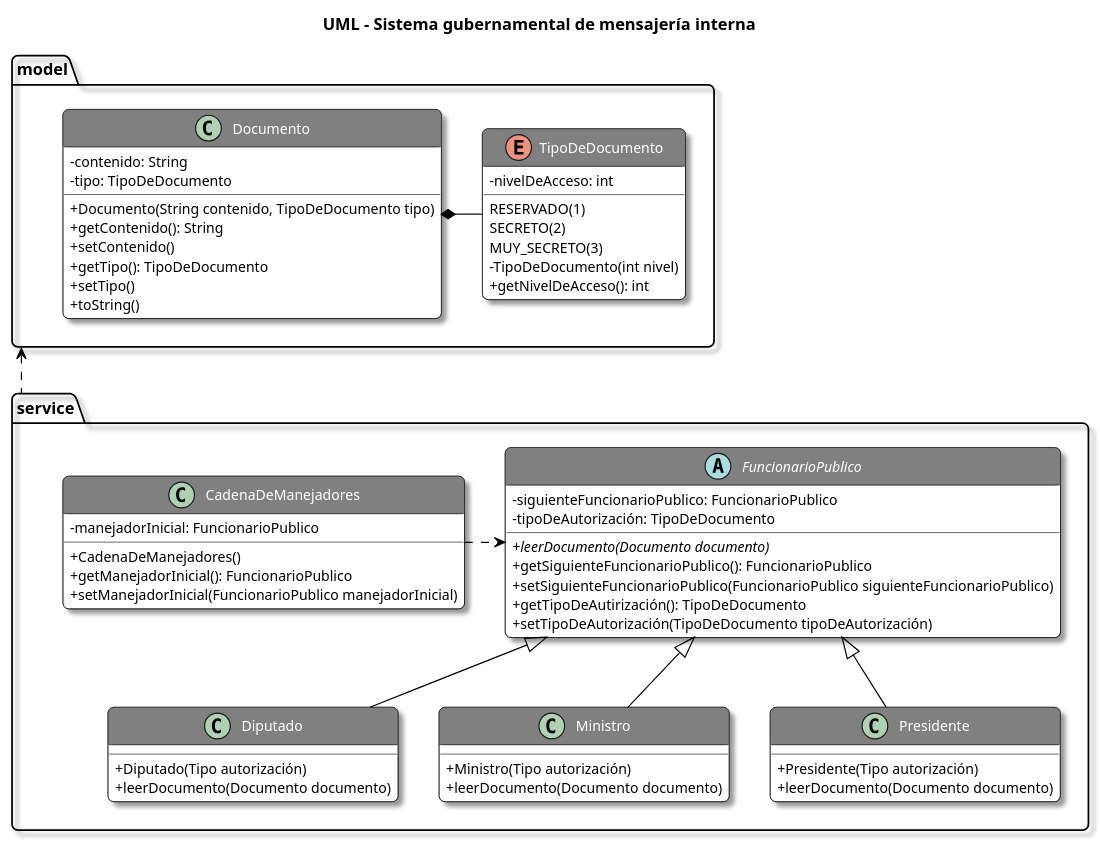
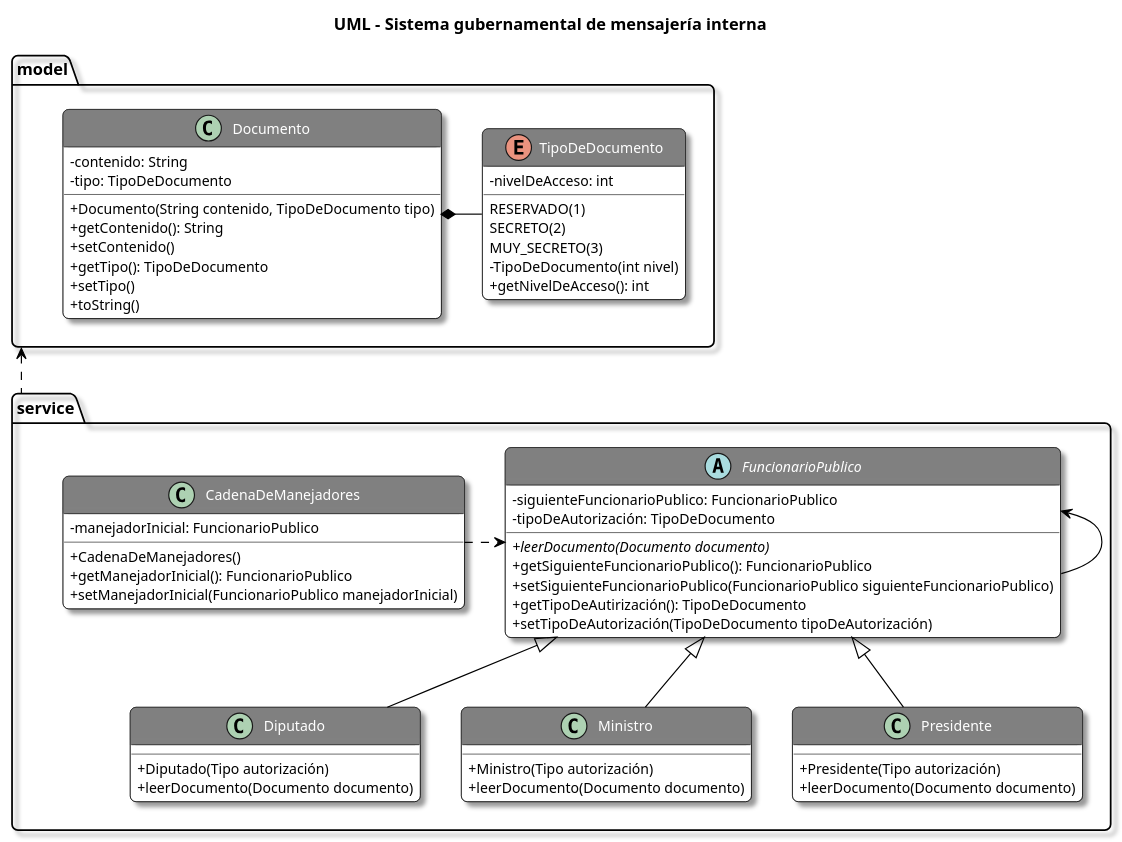
Before and after one commit to hfelipeserna/hfelipeserna.github.io: the diagram in Digital_House-Certified_Tech_Developer/Backend_I/Responsability_chain_pattern/Sistema_mensajería_gubernamental/src/Sistema_mensajería_gubernamental.puml, drawn with PlantUML. The commit also changed 1 other file, not shown here.

Commit message:
[FIXED] Corregir diagrama UML
- Se corrige relación de asociación de la clase FuncionarioPublico consigo misma.

```diff
--- a/Digital_House-Certified_Tech_Developer/Backend_I/Responsability_chain_pattern/Sistema_mensajería_gubernamental/src/Sistema_mensajería_gubernamental.puml
+++ b/Digital_House-Certified_Tech_Developer/Backend_I/Responsability_chain_pattern/Sistema_mensajería_gubernamental/src/Sistema_mensajería_gubernamental.puml
@@ -1,99 +1,100 @@
 @startuml
 'https://plantuml.com/class-diagram
 '___________STYLES___________
 title UML - Sistema gubernamental de mensajería interna
 skinparam classAttributeIconSize 0
 skinparam backgroundColor White
 skinparam RoundCorner 10
 skinparam Shadowing true
 
 skinparam class {
     ArrowColor Black
     BackgroundColor White
     HeaderBackgroundColor Gray
     BorderColor Black
     FontColor White
     FontSize 14
     AttributeFontSize 12
 }
 
 skinparam object{
     ArrowColor Black
     BackgroundColor White
     BorderColor Black
     FontColor Black
     FontSize 14
     AttributeFontSize 12
 }
 
 skinparam note {
     BackgroundColor LightYellow
     BorderColor Black
 }
 
 '___________UML___________
 
 package model {
 enum TipoDeDocumento {
 RESERVADO(1)
 SECRETO(2)
 MUY_SECRETO(3)
 -nivelDeAcceso: int
 -TipoDeDocumento(int nivel)
 +getNivelDeAcceso(): int
 }
 
 class Documento {
 -contenido: String
 -tipo: TipoDeDocumento
 +Documento(String contenido, TipoDeDocumento tipo)
 +getContenido(): String
 +setContenido()
 +getTipo(): TipoDeDocumento
 +setTipo()
 +toString()
 }
 }
 
 package service {
 abstract FuncionarioPublico {
 - siguienteFuncionarioPublico: FuncionarioPublico
 - tipoDeAutorización: TipoDeDocumento
 +{abstract}leerDocumento(Documento documento)
 +getSiguienteFuncionarioPublico(): FuncionarioPublico
 +setSiguienteFuncionarioPublico(FuncionarioPublico siguienteFuncionarioPublico)
 +getTipoDeAutirización(): TipoDeDocumento
 +setTipoDeAutorización(TipoDeDocumento tipoDeAutorización)
 }
 
 class Diputado {
 +Diputado(Tipo autorización)
 +leerDocumento(Documento documento)
 }
 
 class Ministro {
 +Ministro(Tipo autorización)
 +leerDocumento(Documento documento)
 }
 
 class Presidente {
 +Presidente(Tipo autorización)
 +leerDocumento(Documento documento)
 }
 
 class CadenaDeManejadores {
 -manejadorInicial: FuncionarioPublico
 +CadenaDeManejadores()
 +getManejadorInicial(): FuncionarioPublico
 +setManejadorInicial(FuncionarioPublico manejadorInicial)
 }
 }
 
 model <.. service
 Documento *- TipoDeDocumento
+FuncionarioPublico <- FuncionarioPublico
 FuncionarioPublico <|-- Diputado
 FuncionarioPublico <|-- Ministro
 FuncionarioPublico <|-- Presidente
 CadenaDeManejadores .> FuncionarioPublico
 
 @enduml
```
